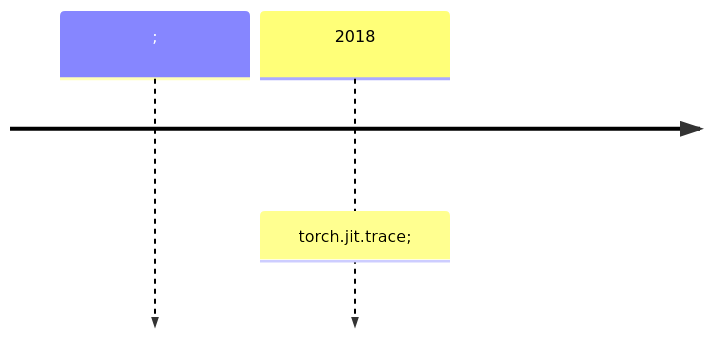
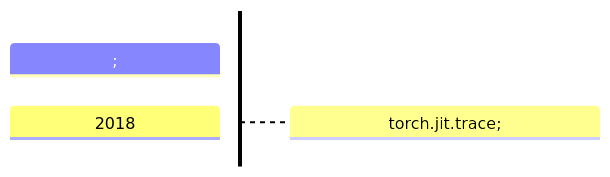
One commit to yuehniu/homepage changed the diagram in _posts/2025-11-02-torchfx.md. Above: the diagram before and after it, drawn with Mermaid.

Commit message:
Blog: PyTorch Graph and Tracing

````diff
--- a/_posts/2025-11-02-torchfx.md
+++ b/_posts/2025-11-02-torchfx.md
@@ -22,4 +22,4 @@
 ```mermaid
-timeline;
+timeline TD;
     2018 : torch.jit.trace;
 ```
````
